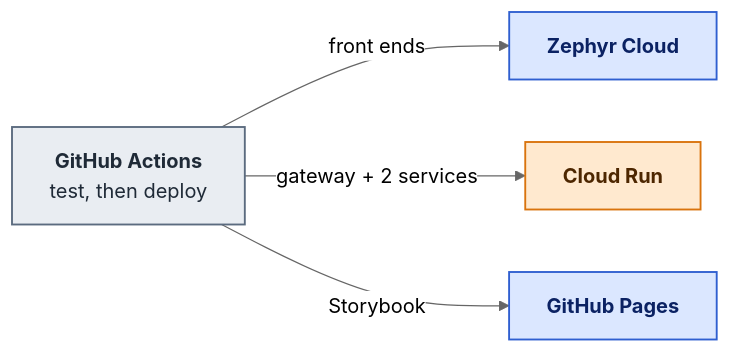
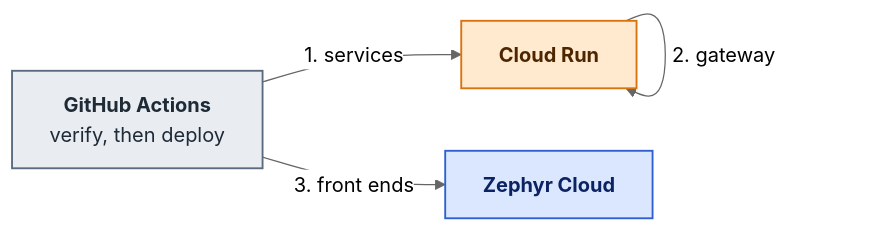
One commit to abnersn/WorkoutTracker changed the third of 3 diagrams in README.md. Above: the diagram before and after it, drawn with Mermaid (neutral theme). The commit also changed other lines of this file and 1 other file, not shown here.

````diff
--- a/README.md
+++ b/README.md
@@ -65,14 +88,14 @@
 ```mermaid
 flowchart LR
-  ci["<b>GitHub Actions</b><br/>test, then deploy"]
-  ci -->|front ends| zephyr["<b>Zephyr Cloud</b>"]
-  ci -->|"gateway + 2 services"| run["<b>Cloud Run</b>"]
-  ci -->|Storybook| pages["<b>GitHub Pages</b>"]
+  ci["<b>GitHub Actions</b><br/>verify, then deploy"]
+  ci -->|"1. services"| run["<b>Cloud Run</b>"]
+  run -->|"2. gateway"| run
+  ci -->|"3. front ends"| zephyr["<b>Zephyr Cloud</b>"]
 
   classDef front fill:#dbe7ff,stroke:#2f5fd0,stroke-width:1.5px,color:#0b2263
   classDef back fill:#ffe9cf,stroke:#d9730d,stroke-width:1.5px,color:#4d2600
   classDef tool fill:#e9edf2,stroke:#5b6b7f,stroke-width:1.5px,color:#1f2a37
   class ci tool
-  class zephyr,pages front
+  class zephyr front
   class run back
 ```
````
